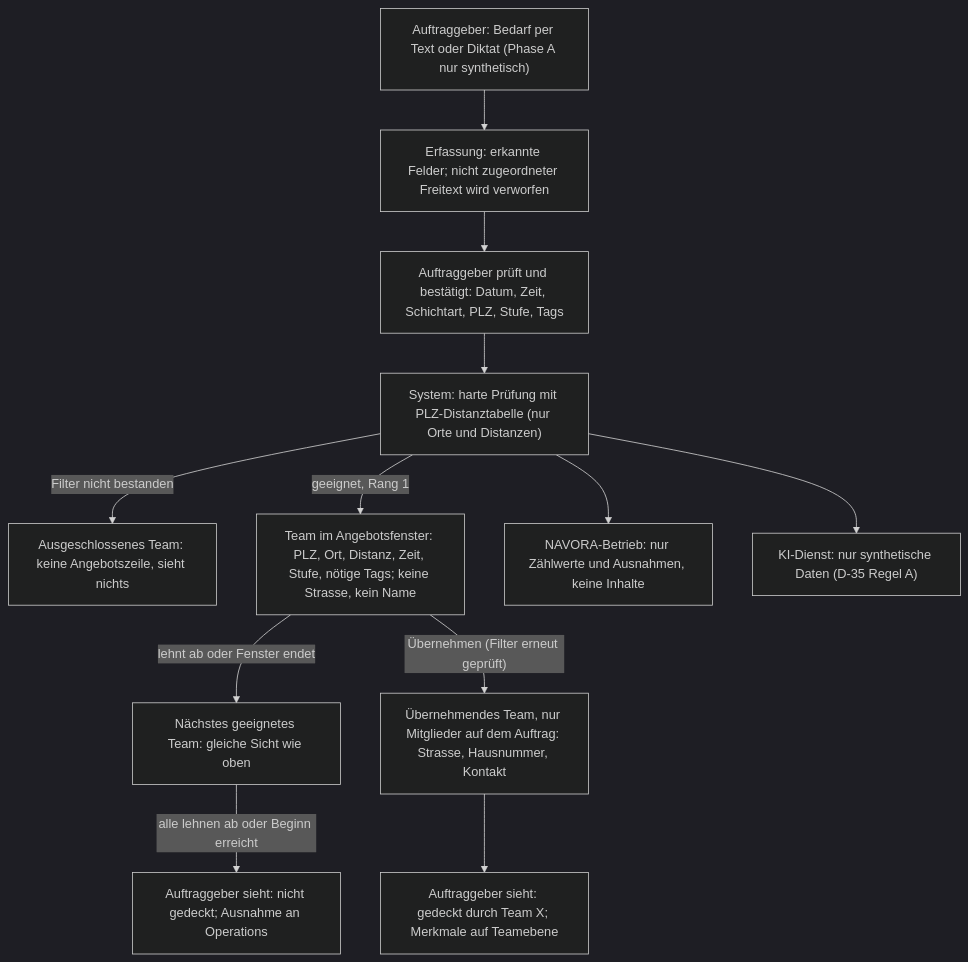
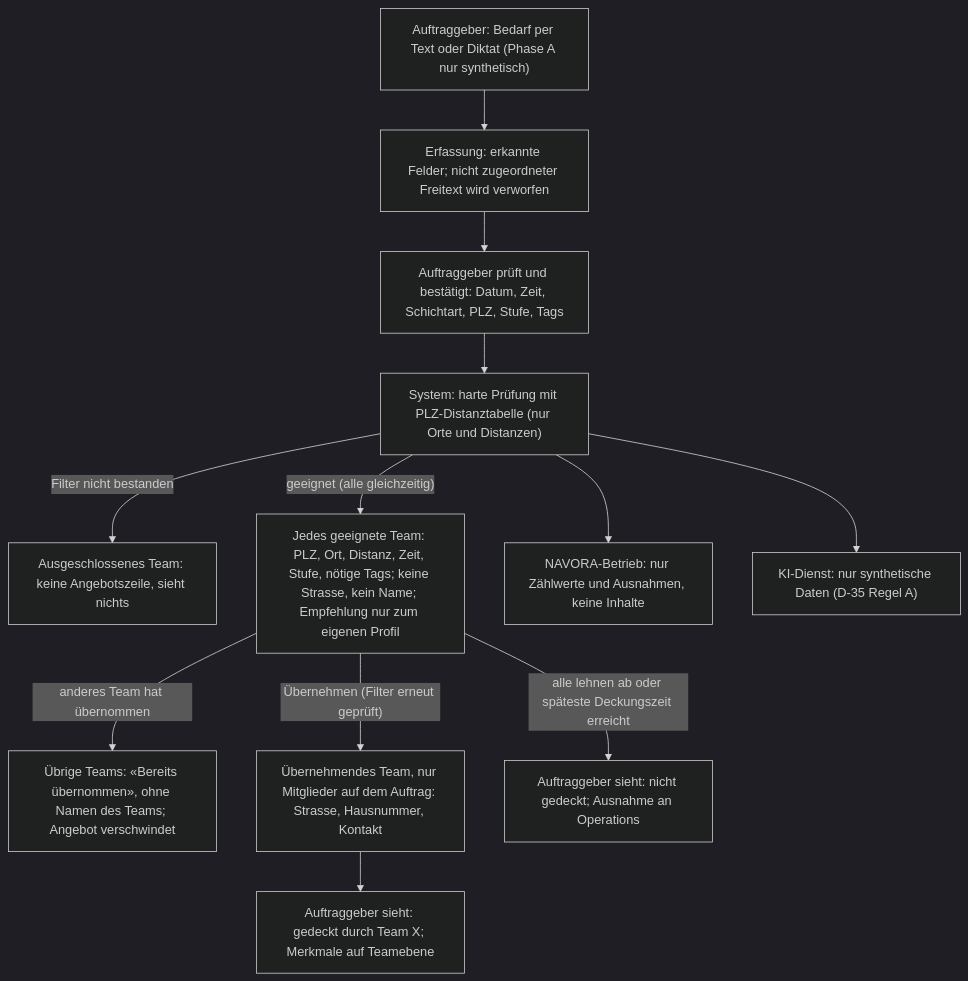
Diagram 11 of 11 in docs/product/ARCHITECTURE_REVIEW_AND_IMPLEMENTATION_BLUEPRINT_V3.md (Ivica1984/navora-mvp), drawn with Mermaid (dark theme) before and after one commit. The commit also changed other lines of this file and 2 other files, not shown here.

````diff
--- a/docs/product/ARCHITECTURE_REVIEW_AND_IMPLEMENTATION_BLUEPRINT_V3.md
+++ b/docs/product/ARCHITECTURE_REVIEW_AND_IMPLEMENTATION_BLUEPRINT_V3.md
@@ -1509,14 +1525,14 @@
 ```mermaid
 flowchart TD
   A["Auftraggeber: Bedarf per Text oder Diktat (Phase A nur synthetisch)"] --> B["Erfassung: erkannte Felder; nicht zugeordneter Freitext wird verworfen"]
   B --> C["Auftraggeber prüft und bestätigt: Datum, Zeit, Schichtart, PLZ, Stufe, Tags"]
   C --> D["System: harte Prüfung mit PLZ-Distanztabelle (nur Orte und Distanzen)"]
   D -->|"Filter nicht bestanden"| E["Ausgeschlossenes Team: keine Angebotszeile, sieht nichts"]
-  D -->|"geeignet, Rang 1"| F["Team im Angebotsfenster: PLZ, Ort, Distanz, Zeit, Stufe, nötige Tags; keine Strasse, kein Name"]
-  F -->|"lehnt ab oder Fenster endet"| G["Nächstes geeignetes Team: gleiche Sicht wie oben"]
+  D -->|"geeignet (alle gleichzeitig)"| F["Jedes geeignete Team: PLZ, Ort, Distanz, Zeit, Stufe, nötige Tags; keine Strasse, kein Name; Empfehlung nur zum eigenen Profil"]
+  F -->|"anderes Team hat übernommen"| G["Übrige Teams: «Bereits übernommen», ohne Namen des Teams; Angebot verschwindet"]
   F -->|"Übernehmen (Filter erneut geprüft)"| H["Übernehmendes Team, nur Mitglieder auf dem Auftrag: Strasse, Hausnummer, Kontakt"]
   H --> I["Auftraggeber sieht: gedeckt durch Team X; Merkmale auf Teamebene"]
-  G -->|"alle lehnen ab oder Beginn erreicht"| J["Auftraggeber sieht: nicht gedeckt; Ausnahme an Operations"]
+  F -->|"alle lehnen ab oder späteste Deckungszeit erreicht"| J["Auftraggeber sieht: nicht gedeckt; Ausnahme an Operations"]
   D --> K["NAVORA-Betrieb: nur Zählwerte und Ausnahmen, keine Inhalte"]
   D --> L["KI-Dienst: nur synthetische Daten (D-35 Regel A)"]
 ```
````
